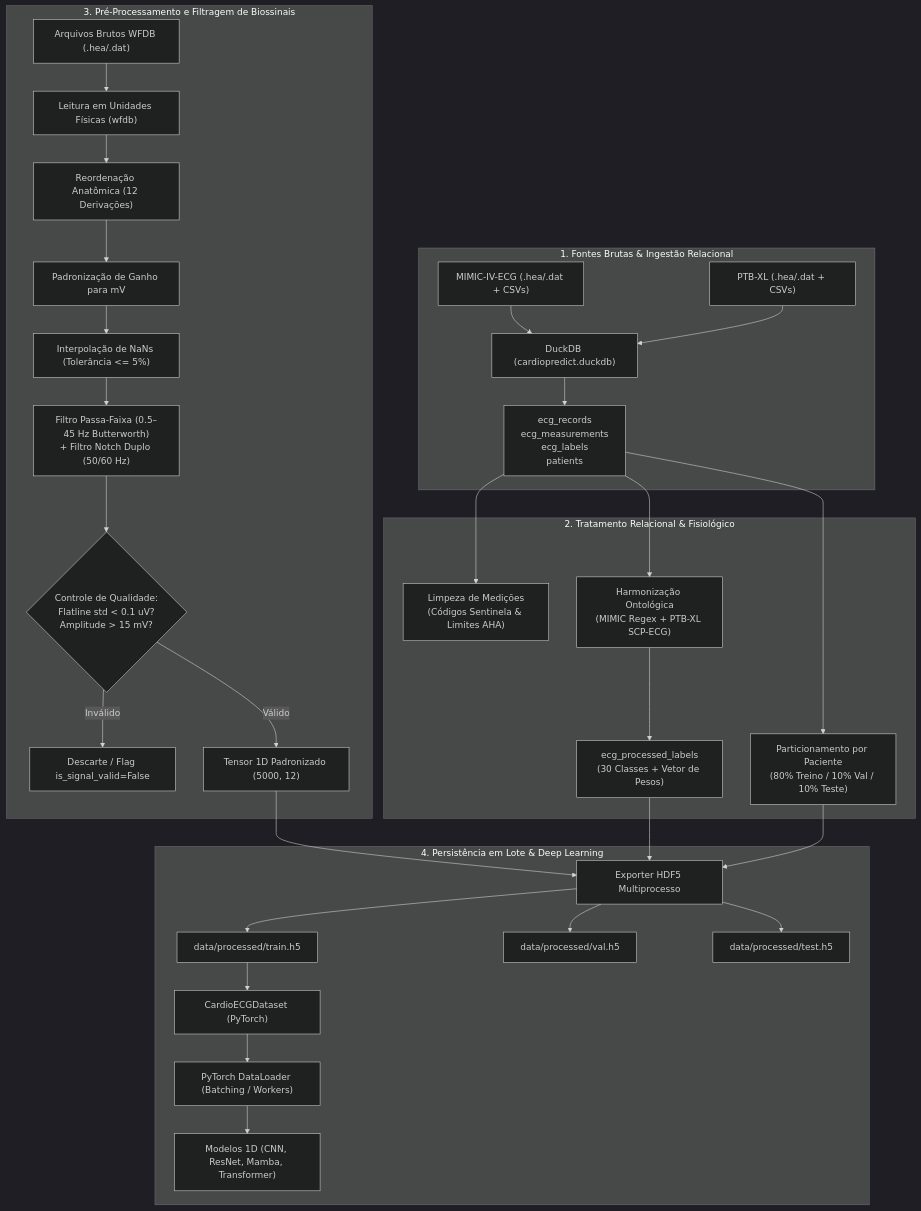
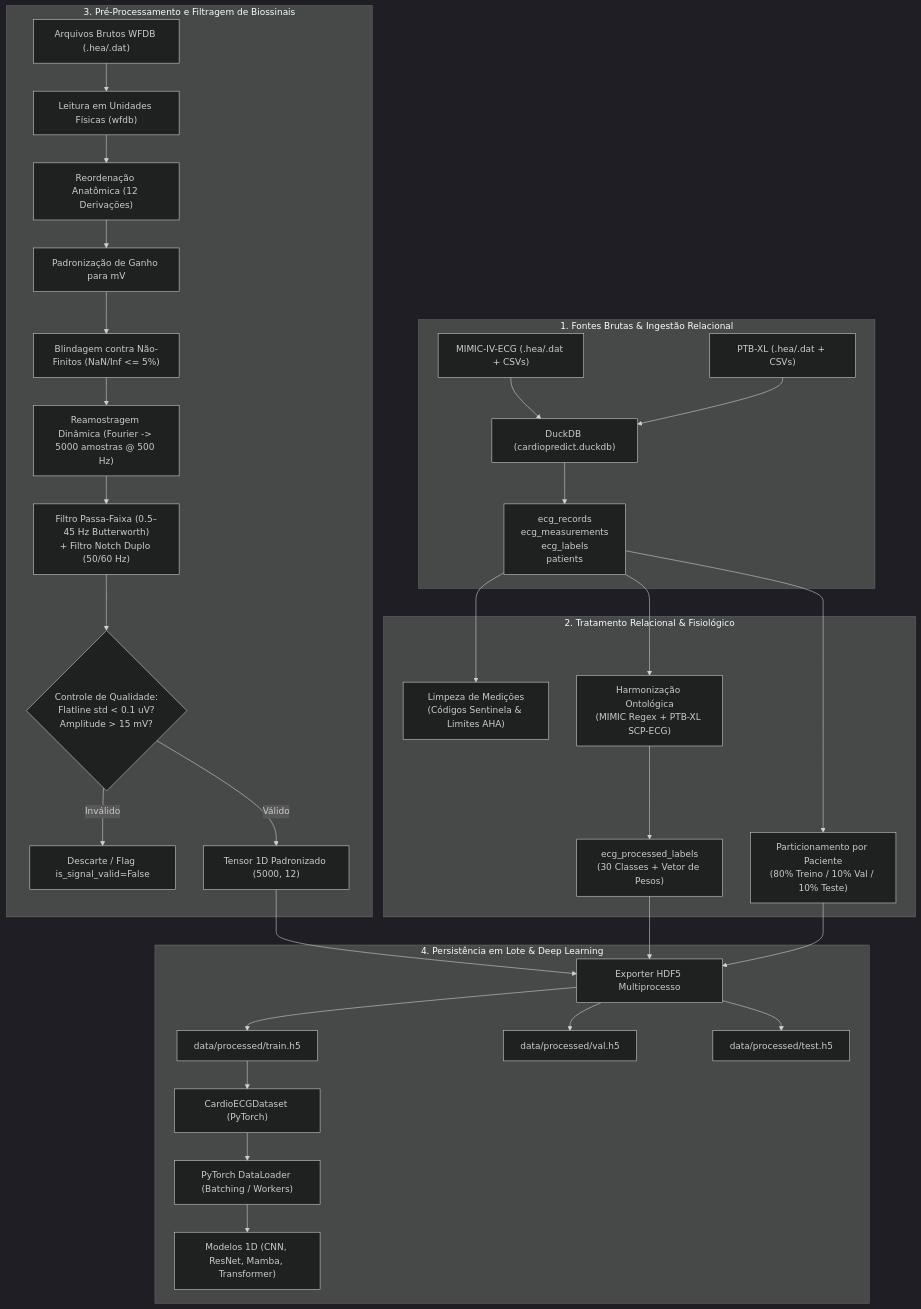
The diagram in docs/obsidian/pipeline_processamento_dados.md (YuriMont/cardiopredict), drawn with Mermaid (dark theme) before and after one commit. The commit also changed other lines of this file and 13 other files, not shown here.

````diff
--- a/docs/obsidian/pipeline_processamento_dados.md
+++ b/docs/obsidian/pipeline_processamento_dados.md
@@ -16,38 +16,39 @@
 ```mermaid
 flowchart TD
     subgraph S1["1. Fontes Brutas & Ingestão Relacional"]
         MIMIC["MIMIC-IV-ECG (.hea/.dat + CSVs)"] --> DUCK["DuckDB (cardiopredict.duckdb)"]
         PTB["PTB-XL (.hea/.dat + CSVs)"] --> DUCK
         DUCK --> T1["ecg_records\necg_measurements\necg_labels\npatients"]
     end
 
     subgraph S2["2. Tratamento Relacional & Fisiológico"]
         T1 --> MEAS["Limpeza de Medições\n(Códigos Sentinela & Limites AHA)"]
         T1 --> SPLIT["Particionamento por Paciente\n(80% Treino / 10% Val / 10% Teste)"]
         T1 --> ONTO["Harmonização Ontológica\n(MIMIC Regex + PTB-XL SCP-ECG)"]
         ONTO --> LBL_TBL["ecg_processed_labels\n(30 Classes + Vetor de Pesos)"]
     end
 
     subgraph S3["3. Pré-Processamento e Filtragem de Biossinais"]
         RAW_WFDB["Arquivos Brutos WFDB (.hea/.dat)"] --> WFDB_READ["Leitura em Unidades Físicas (wfdb)"]
         WFDB_READ --> LEAD_ORDER["Reordenação Anatômica (12 Derivações)"]
         LEAD_ORDER --> SCALE_MV["Padronização de Ganho para mV"]
-        SCALE_MV --> NAN_CHECK["Interpolação de NaNs (Tolerância <= 5%)"]
-        NAN_CHECK --> FILTERS["Filtro Passa-Faixa (0.5–45 Hz Butterworth)\n+ Filtro Notch Duplo (50/60 Hz)"]
+        SCALE_MV --> NAN_CHECK["Blindagem contra Não-Finitos (NaN/Inf <= 5%)"]
+        NAN_CHECK --> RESAMPLE["Reamostragem Dinâmica (Fourier -> 5000 amostras @ 500 Hz)"]
+        RESAMPLE --> FILTERS["Filtro Passa-Faixa (0.5–45 Hz Butterworth)\n+ Filtro Notch Duplo (50/60 Hz)"]
         FILTERS --> QA_CHECK{"Controle de Qualidade:\nFlatline std < 0.1 uV?\nAmplitude > 15 mV?"}
         QA_CHECK -- "Inválido" --> REJECT["Descarte / Flag is_signal_valid=False"]
         QA_CHECK -- "Válido" --> CLEAN_SIGNAL["Tensor 1D Padronizado (5000, 12)"]
     end
 
     subgraph S4["4. Persistência em Lote & Deep Learning"]
         CLEAN_SIGNAL --> EXPORT["Exporter HDF5 Multiprocesso"]
         LBL_TBL --> EXPORT
         SPLIT --> EXPORT
         EXPORT --> H5_TRAIN["data/processed/train.h5"]
         EXPORT --> H5_VAL["data/processed/val.h5"]
         EXPORT --> H5_TEST["data/processed/test.h5"]
         H5_TRAIN --> DATASET["CardioECGDataset (PyTorch)"]
         DATASET --> DATALOADER["PyTorch DataLoader (Batching / Workers)"]
         DATALOADER --> MODEL["Modelos 1D (CNN, ResNet, Mamba, Transformer)"]
     end
 ```
````
